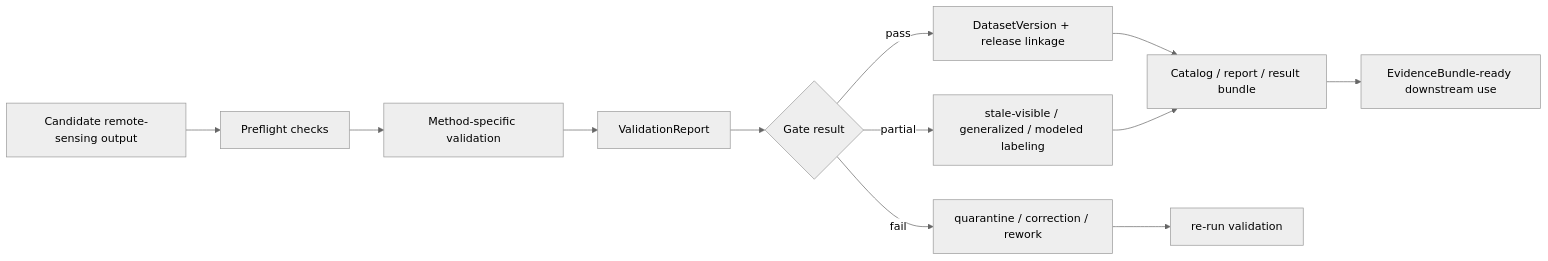
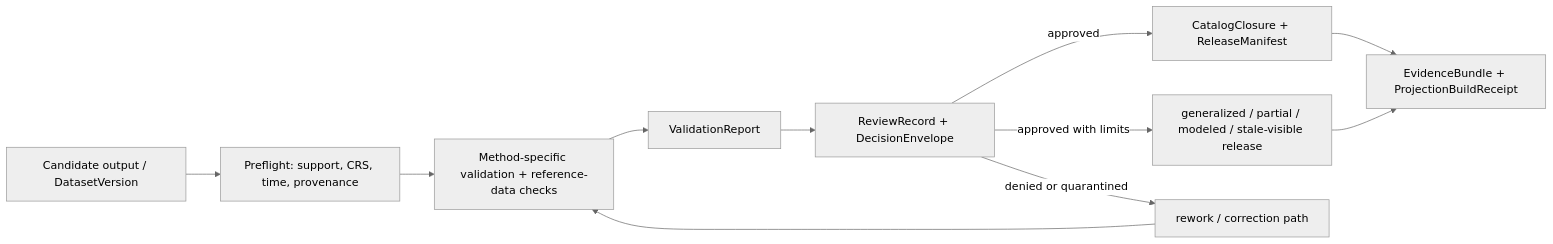
The diagram in docs/analyses/remote-sensing/validation/README.md (bartytime4life/Kansas-Frontier-Matrix), drawn with Mermaid (neutral theme) before and after one commit. The commit also changed other lines of this file, not shown here.

First line of the commit message:
Revise README for remote sensing validation clarity

````diff
--- a/docs/analyses/remote-sensing/validation/README.md
+++ b/docs/analyses/remote-sensing/validation/README.md
@@ -161,14 +165,13 @@
 ```mermaid
 flowchart LR
-    A[Candidate remote-sensing output] --> B[Preflight checks]
-    B --> C[Method-specific validation]
+    A[Candidate output / DatasetVersion] --> B[Preflight: support, CRS, time, provenance]
+    B --> C[Method-specific validation + reference-data checks]
     C --> D[ValidationReport]
-    D --> E{Gate result}
-    E -->|pass| F[DatasetVersion + release linkage]
-    E -->|partial| G[stale-visible / generalized / modeled labeling]
-    E -->|fail| H[quarantine / correction / rework]
-    F --> I[Catalog / report / result bundle]
+    D --> E[ReviewRecord + DecisionEnvelope]
+    E -->|approved| F[CatalogClosure + ReleaseManifest]
+    E -->|approved with limits| G[generalized / partial / modeled / stale-visible release]
+    E -->|denied or quarantined| H[rework / correction path]
+    F --> I[EvidenceBundle + ProjectionBuildReceipt]
     G --> I
-    H --> J[re-run validation]
-    I --> K[EvidenceBundle-ready downstream use]
+    H --> C
 ```
````
